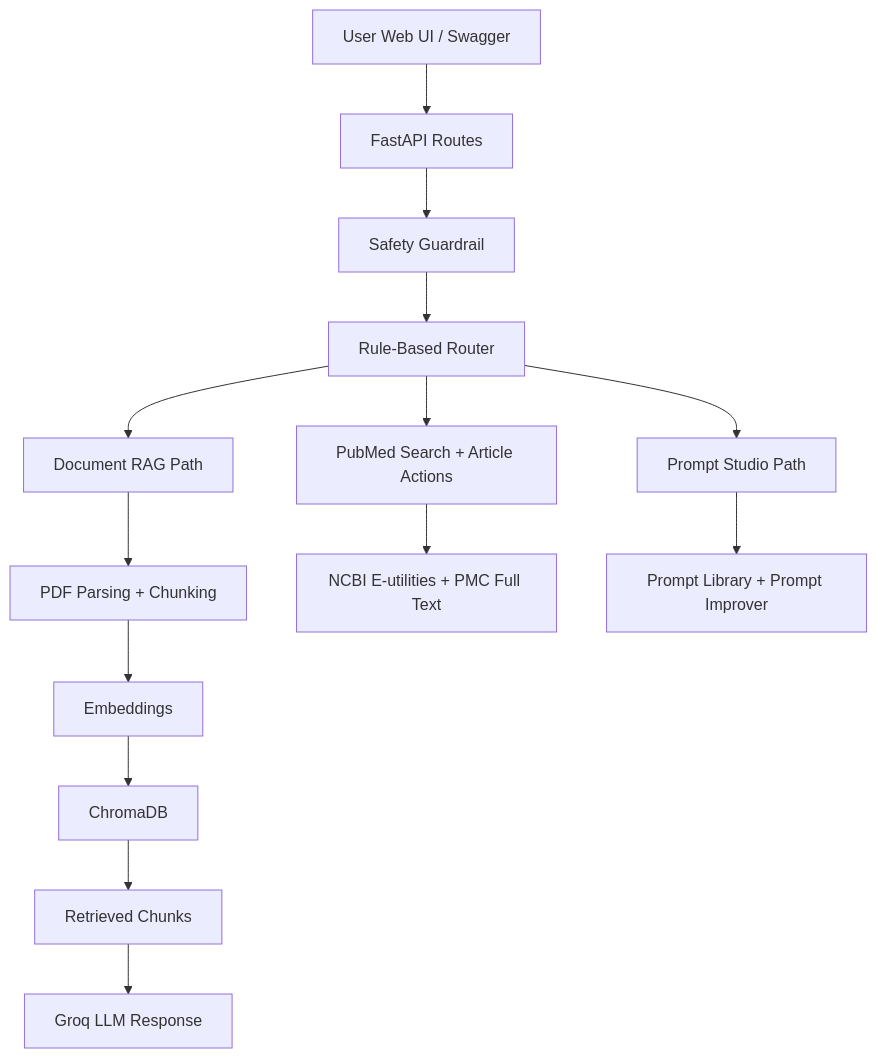
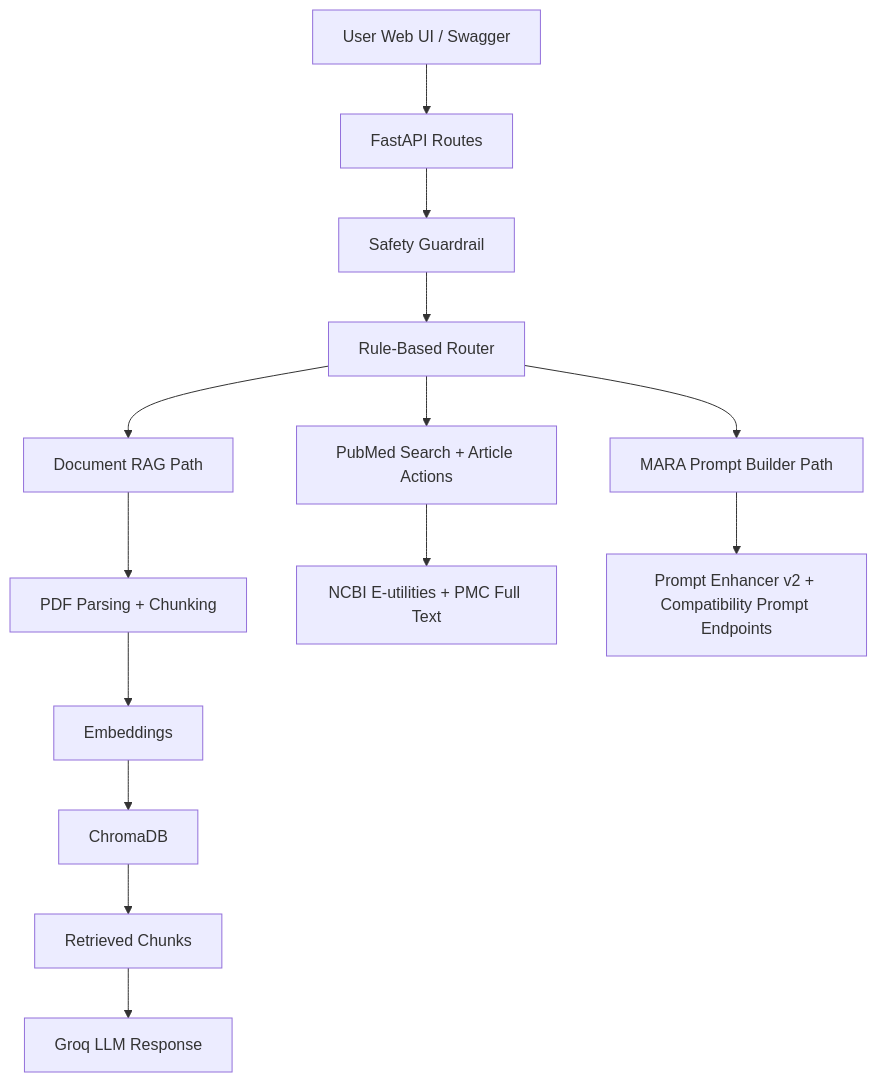
Before and after one commit to ahmedMnakbi/MedAgentic-RAG-Assistant: the diagram in README.md, drawn with Mermaid. The commit also changed other lines of this file and 4 other files, not shown here.

````diff
--- a/README.md
+++ b/README.md
@@ -79,16 +131,16 @@
 ```mermaid
 flowchart TD
     A["User Web UI / Swagger"] --> B["FastAPI Routes"]
     B --> C["Safety Guardrail"]
     C --> D["Rule-Based Router"]
     D --> E["Document RAG Path"]
     D --> F["PubMed Search + Article Actions"]
-    D --> G["Prompt Studio Path"]
+    D --> G["MARA Prompt Builder Path"]
     E --> H["PDF Parsing + Chunking"]
     H --> I["Embeddings"]
     I --> J["ChromaDB"]
     J --> K["Retrieved Chunks"]
     K --> L["Groq LLM Response"]
     F --> M["NCBI E-utilities + PMC Full Text"]
-    G --> N["Prompt Library + Prompt Improver"]
+    G --> N["Prompt Enhancer v2 + Compatibility Prompt Endpoints"]
 ```
````
